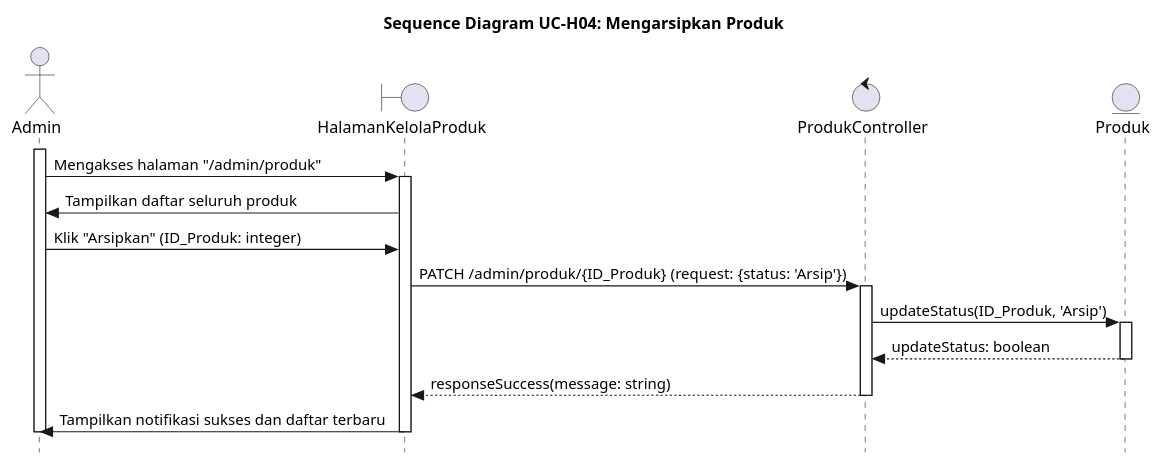
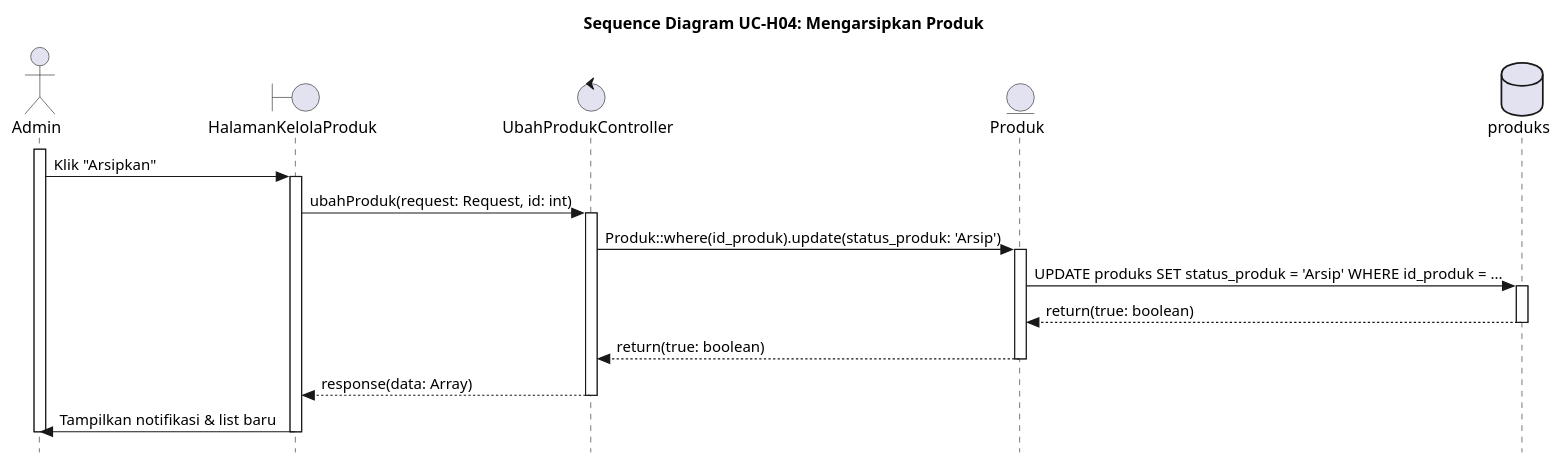
One commit to alfiahnurfa/RSI-PROYEK-AKHIR-SEQUENCE changed the diagram in UC-H04.PUML. Above: the diagram before and after it, drawn with PlantUML. The commit also changed 15 other files, not shown here.

Commit message:
perbaikan seq diagram

```diff
--- a/UC-H04.PUML
+++ b/UC-H04.PUML
@@ -1,33 +1,38 @@
 @startuml SD-UC-H04_MengarsipkanProduk
 title Sequence Diagram UC-H04: Mengarsipkan Produk
 skinparam style strictuml
 
 actor Admin
 boundary HalamanKelolaProduk
-control ProdukController
+control UbahProdukController
 entity Produk
+database produks
 
 activate Admin
-Admin -> HalamanKelolaProduk : Mengakses halaman "/admin/produk"
+
+Admin -> HalamanKelolaProduk : Klik "Arsipkan"
 activate HalamanKelolaProduk
 
-HalamanKelolaProduk -> Admin : Tampilkan daftar seluruh produk
+HalamanKelolaProduk -> UbahProdukController : ubahProduk(request: Request, id: int)
+activate UbahProdukController
 
-Admin -> HalamanKelolaProduk : Klik "Arsipkan" (ID_Produk: integer)
+UbahProdukController -> Produk : Produk::where(id_produk).update(status_produk: 'Arsip')
+activate Produk
 
-HalamanKelolaProduk -> ProdukController : PATCH /admin/produk/{ID_Produk} (request: {status: 'Arsip'})
-activate ProdukController
+Produk -> produks : UPDATE produks SET status_produk = 'Arsip' WHERE id_produk = ...
+activate produks
 
-ProdukController -> Produk : updateStatus(ID_Produk, 'Arsip')
-activate Produk
-Produk --> ProdukController : updateStatus: boolean
+produks --> Produk : return(true: boolean)
+deactivate produks
+
+Produk --> UbahProdukController : return(true: boolean)
 deactivate Produk
 
-ProdukController --> HalamanKelolaProduk : responseSuccess(message: string)
-deactivate ProdukController
+UbahProdukController --> HalamanKelolaProduk : response(data: Array)
+deactivate UbahProdukController
 
-HalamanKelolaProduk -> Admin : Tampilkan notifikasi sukses dan daftar terbaru
+HalamanKelolaProduk -> Admin : Tampilkan notifikasi & list baru
 deactivate HalamanKelolaProduk
 deactivate Admin
 
 @enduml
```
